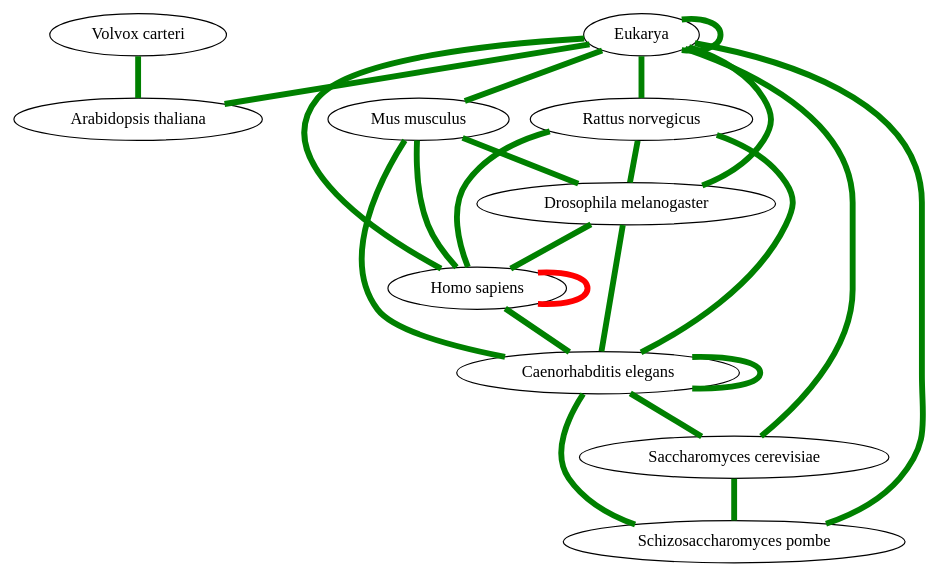
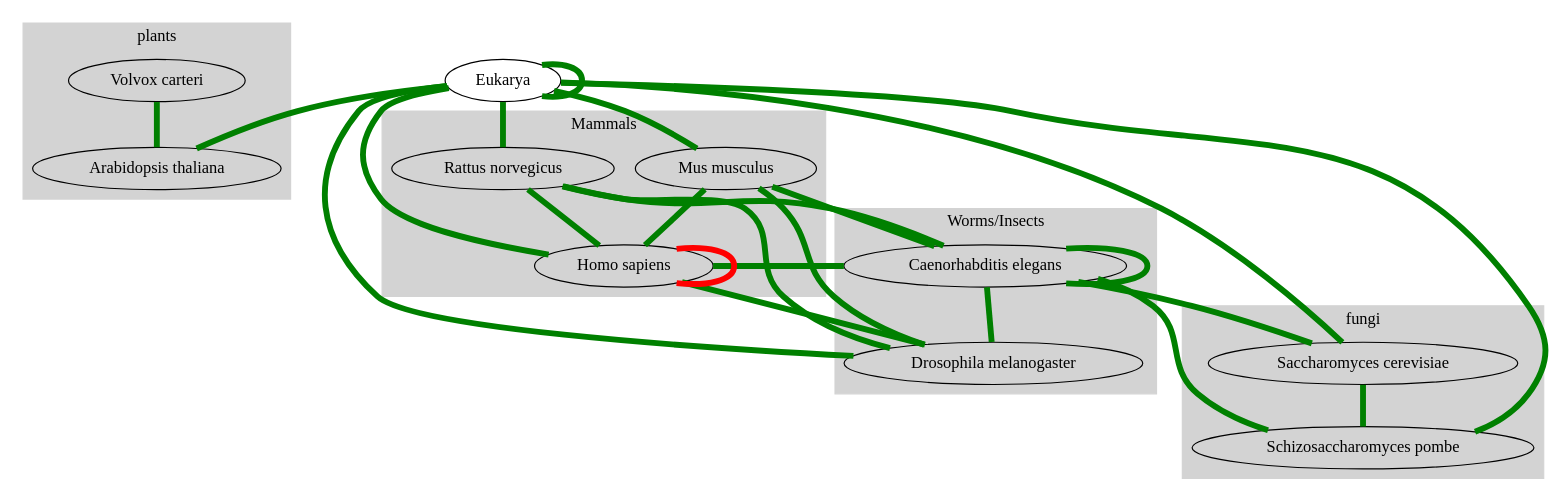
Before and after one commit to prwlr-dev/physical-interactions-summary-plots: the diagram in single-summary.dot, drawn with Graphviz.

Commit message:
Add kingdoms/domains labels
Fungi, worms/insects and mammanls marked with labels

```diff
--- a/single-summary.dot
+++ b/single-summary.dot
@@ -1,35 +1,55 @@
 graph {
 "Eukarya";
 "Arabidopsis thaliana";
 "Volvox carteri";
 "Caenorhabditis elegans";
 "Drosophila melanogaster";
 "Homo sapiens";
 "Mus musculus";
 "Rattus norvegicus";
 "Saccharomyces cerevisiae";
 "Schizosaccharomyces pombe";
 "Eukarya" -- "Eukarya" [color=green, penwidth=5];
 "Eukarya" -- "Saccharomyces cerevisiae" [color=green, penwidth=5];
 "Eukarya" -- "Schizosaccharomyces pombe" [color=green, penwidth=5];
 "Eukarya" -- "Arabidopsis thaliana" [color=green, penwidth=5];
 "Eukarya" -- "Drosophila melanogaster" [color=green, penwidth=5];
 "Eukarya" -- "Homo sapiens" [color=green, penwidth=5];
 "Eukarya" -- "Mus musculus" [color=green, penwidth=5];
 "Eukarya" -- "Rattus norvegicus" [color=green, penwidth=5];
-"Volvox carteri" -- "Arabidopsis thaliana" [color=green, penwidth=5];
-"Saccharomyces cerevisiae" -- "Schizosaccharomyces pombe" [color=green, penwidth=5];
+subgraph cluster_plants {
+    style=filled;
+    color=lightgrey;
+    label=plants;
+    "Volvox carteri" -- "Arabidopsis thaliana" [color=green, penwidth=5];
+}
+subgraph cluster_fungi {
+    style=filled;
+    color=lightgrey;
+    label=fungi;
+    "Saccharomyces cerevisiae" -- "Schizosaccharomyces pombe" [color=green, penwidth=5];
+}
 "Caenorhabditis elegans" -- "Saccharomyces cerevisiae" [color=green, penwidth=5];
 "Caenorhabditis elegans" -- "Schizosaccharomyces pombe" [color=green, penwidth=5];
-"Caenorhabditis elegans" -- "Drosophila melanogaster" [color=green, penwidth=5];
+subgraph cluster_worms_insects {
+    style=filled;
+    color=lightgrey;
+    label="Worms/Insects";
+    "Caenorhabditis elegans" -- "Drosophila melanogaster" [color=green, penwidth=5];
+}
 "Caenorhabditis elegans" -- "Caenorhabditis elegans" [color=green, penwidth=5];
 "Drosophila melanogaster" -- "Homo sapiens" [color=green, penwidth=5];
 "Homo sapiens" -- "Caenorhabditis elegans" [color=green, penwidth=5];
 "Homo sapiens" -- "Homo sapiens" [color=red, penwidth=5];
 "Mus musculus" -- "Caenorhabditis elegans" [color=green, penwidth=5];
 "Mus musculus" -- "Drosophila melanogaster" [color=green, penwidth=5];
-"Mus musculus" -- "Homo sapiens" [color=green, penwidth=5];
+subgraph cluster_mammals {
+    style=filled;
+    color=lightgrey;
+    label=Mammals;
+    "Mus musculus" -- "Homo sapiens" [color=green, penwidth=5];
+    "Rattus norvegicus" -- "Homo sapiens" [color=green, penwidth=5];
+}
 "Rattus norvegicus" -- "Caenorhabditis elegans" [color=green, penwidth=5];
 "Rattus norvegicus" -- "Drosophila melanogaster" [color=green, penwidth=5];
-"Rattus norvegicus" -- "Homo sapiens" [color=green, penwidth=5];
 }
```
